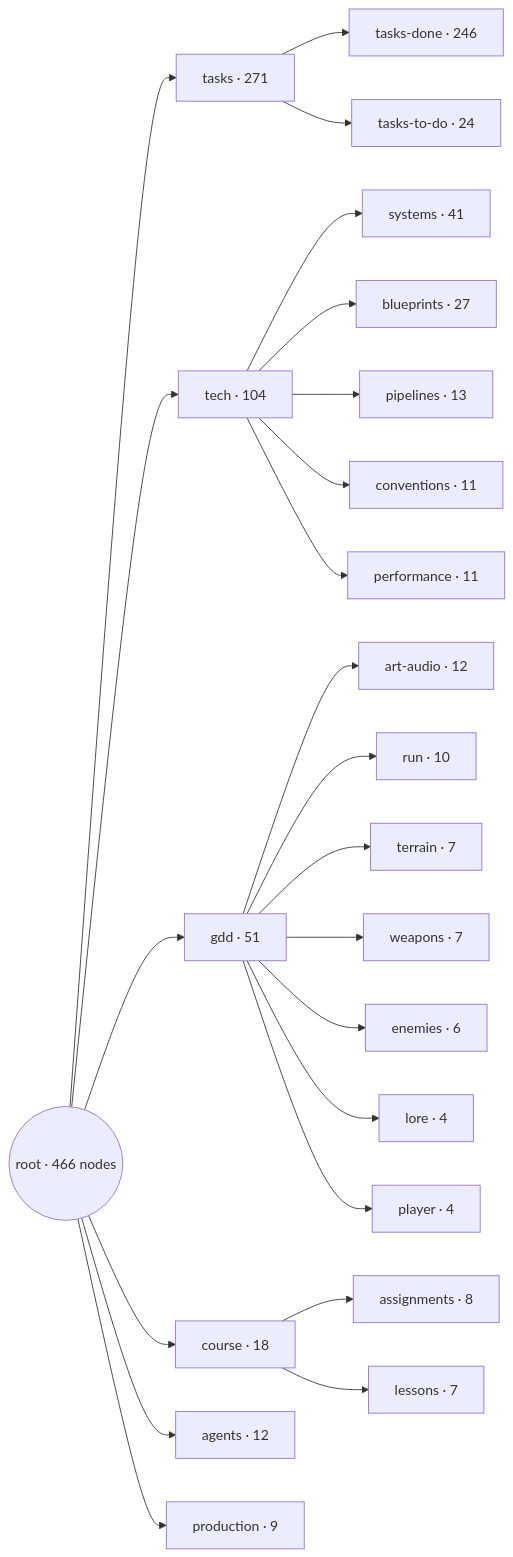
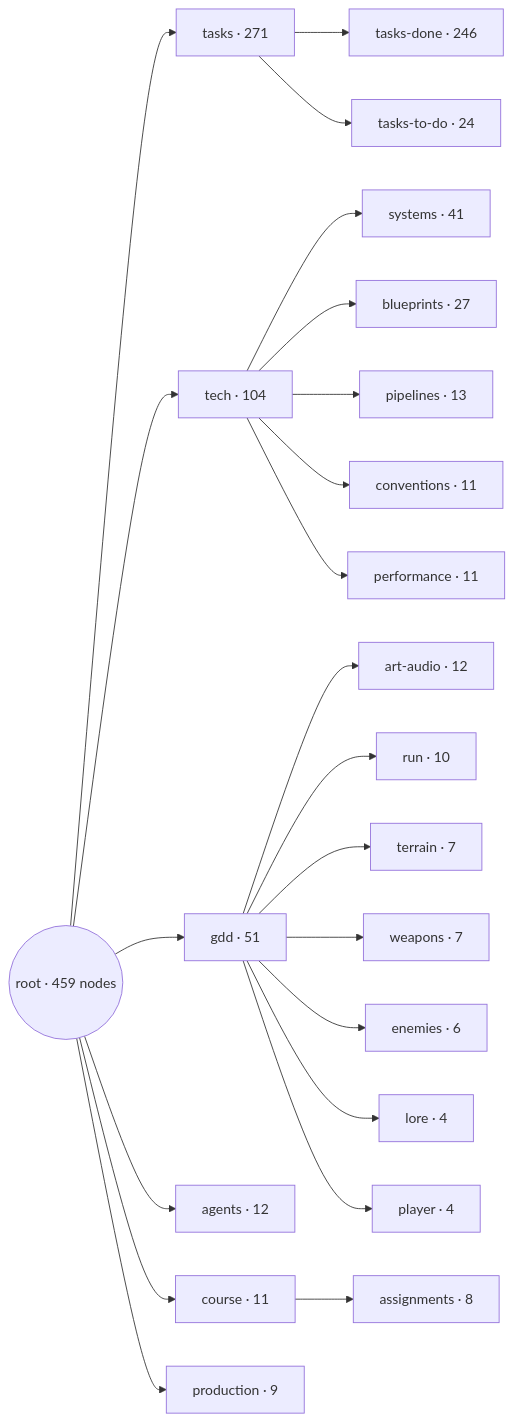
Before and after one commit to soumois/RogueRigs: the first of 2 diagrams in README.md, drawn with Mermaid. The commit also changed other lines of this file and 3 other files, not shown here.

````diff
--- a/README.md
+++ b/README.md
@@ -19,26 +19,25 @@
 ```mermaid
 flowchart LR
-  root(("root · 466 nodes"))
+  root(("root · 459 nodes"))
   root --> tasks_index["tasks · 271"]
   tasks_index --> tasks_done_index["tasks-done · 246"]
   tasks_index --> tasks_to_do_index["tasks-to-do · 24"]
   root --> tech_index["tech · 104"]
   tech_index --> systems_index["systems · 41"]
   tech_index --> blueprints_index["blueprints · 27"]
   tech_index --> pipelines_index["pipelines · 13"]
   tech_index --> conventions_index["conventions · 11"]
   tech_index --> performance_index["performance · 11"]
   root --> gdd_index["gdd · 51"]
   gdd_index --> art_audio_index["art-audio · 12"]
   gdd_index --> run_index["run · 10"]
   gdd_index --> terrain_index["terrain · 7"]
   gdd_index --> weapons_index["weapons · 7"]
   gdd_index --> enemies_index["enemies · 6"]
   gdd_index --> lore["lore · 4"]
   gdd_index --> player_index["player · 4"]
-  root --> course_index["course · 18"]
+  root --> agents_index["agents · 12"]
+  root --> course_index["course · 11"]
   course_index --> assignments_index["assignments · 8"]
-  course_index --> lessons_index["lessons · 7"]
-  root --> agents_index["agents · 12"]
   root --> production_index["production · 9"]
 ```
````
